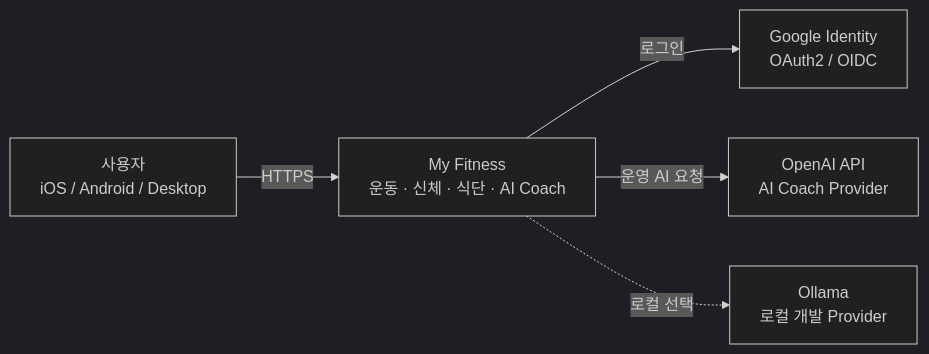
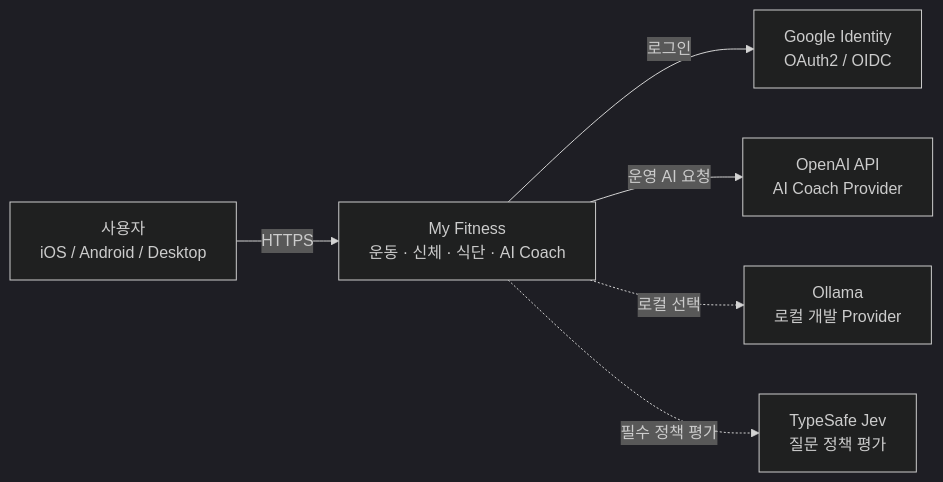
Before and after one commit to DevelopHeon/my-fitness-app: the first of 4 diagrams in docs/architecture/README.md, drawn with Mermaid (dark theme). The commit also changed other lines of this file and 85 other files, not shown here.

```diff
--- a/docs/architecture/README.md
+++ b/docs/architecture/README.md
@@ -31,13 +31,15 @@
 ~~~mermaid
 flowchart LR
     User["사용자<br/>iOS / Android / Desktop"]
     System["My Fitness<br/>운동 · 신체 · 식단 · AI Coach"]
     Google["Google Identity<br/>OAuth2 / OIDC"]
     OpenAI["OpenAI API<br/>AI Coach Provider"]
     Ollama["Ollama<br/>로컬 개발 Provider"]
+    Jev["TypeSafe Jev<br/>질문 정책 평가"]
 
     User -->|"HTTPS"| System
     System -->|"로그인"| Google
     System -->|"운영 AI 요청"| OpenAI
     System -.->|"로컬 선택"| Ollama
+    System -.->|"필수 정책 평가"| Jev
 ~~~
```
